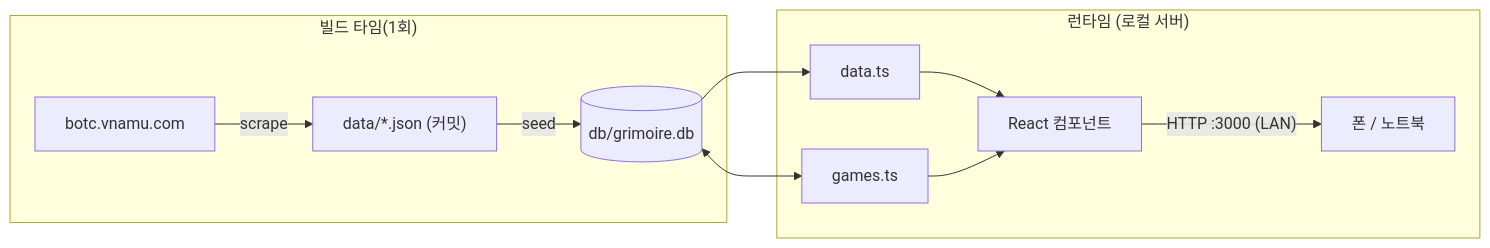
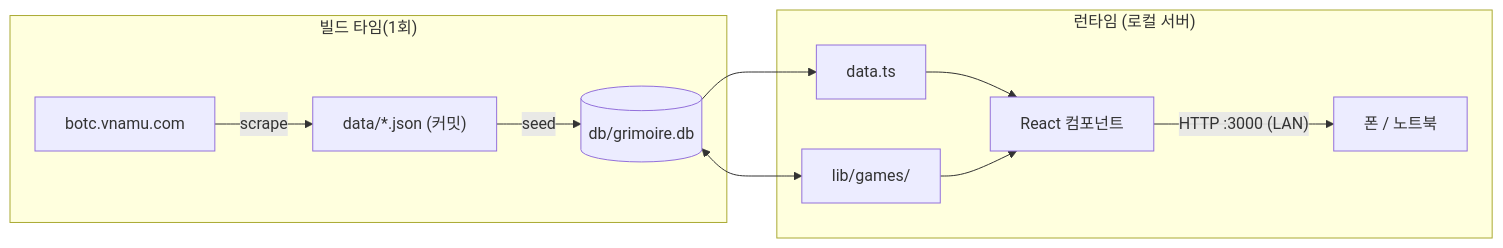
The diagram in docs/wiki/README.md (daseul22/botc-grimoire), drawn with Mermaid before and after one commit. The commit also changed other lines of this file and 6 other files, not shown here.

First line of the commit message:
docs(wiki): catch up on storyteller tooling and lib/games split

````diff
--- a/docs/wiki/README.md
+++ b/docs/wiki/README.md
@@ -18,14 +18,14 @@
 ```mermaid
 flowchart LR
   subgraph build["빌드 타임(1회)"]
     V[botc.vnamu.com] -->|scrape| J["data/*.json (커밋)"]
     J -->|seed| DB[("db/grimoire.db")]
   end
   subgraph run["런타임 (로컬 서버)"]
     DB --> RD[data.ts]
-    DB <--> GM[games.ts]
+    DB <--> GM["lib/games/"]
     RD --> UI[React 컴포넌트]
     GM --> UI
     UI -->|"HTTP :3000 (LAN)"| PH[폰 / 노트북]
   end
 ```
````
